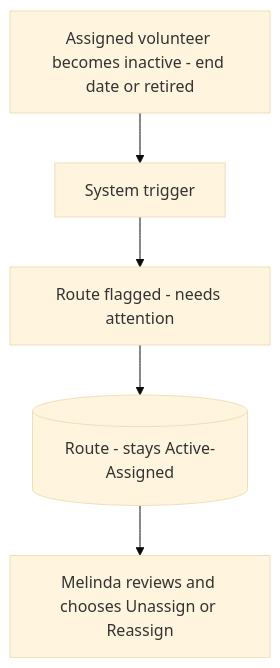
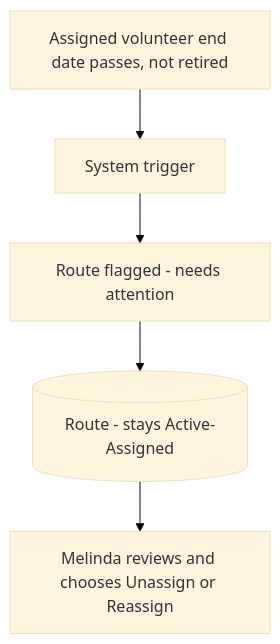
One commit to uwblueprint/beach-metro changed the seventh of 10 diagrams in docs/route_management_flow_v2.md. Above: the diagram before and after it, drawn with Mermaid (base theme). The commit also changed other lines of this file, not shown here.

First line of the commit message:
Retirement vacates the route; end-date passing still raises the attention flag (BM-12)

````diff
--- a/docs/route_management_flow_v2.md
+++ b/docs/route_management_flow_v2.md
@@ -221,7 +221,7 @@
 ```mermaid
 flowchart TD
-    Trigger[Assigned volunteer becomes inactive - end date or retired] --> System[System trigger]
+    Trigger[Assigned volunteer end date passes, not retired] --> System[System trigger]
     System --> Flag[Route flagged - needs attention]
     Flag --> Stays[(Route - stays Active-Assigned)]
     Stays --> Decide[Melinda reviews and chooses Unassign or Reassign]
 ```
````
